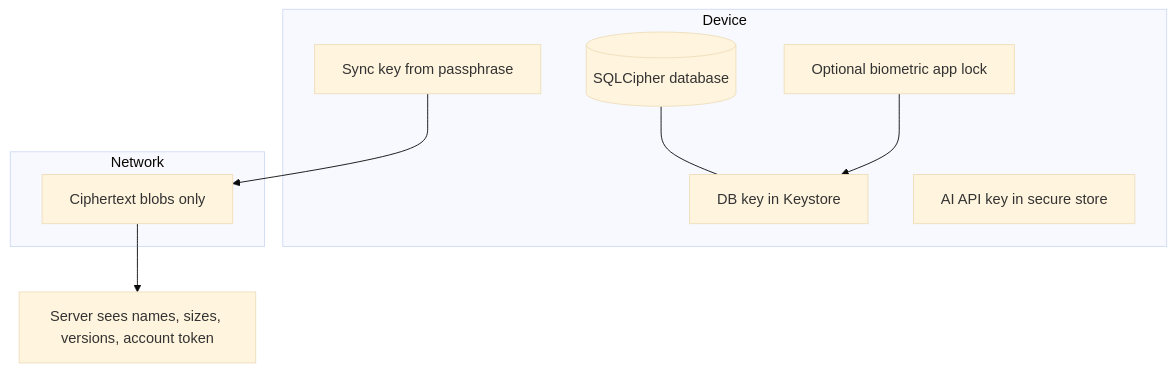
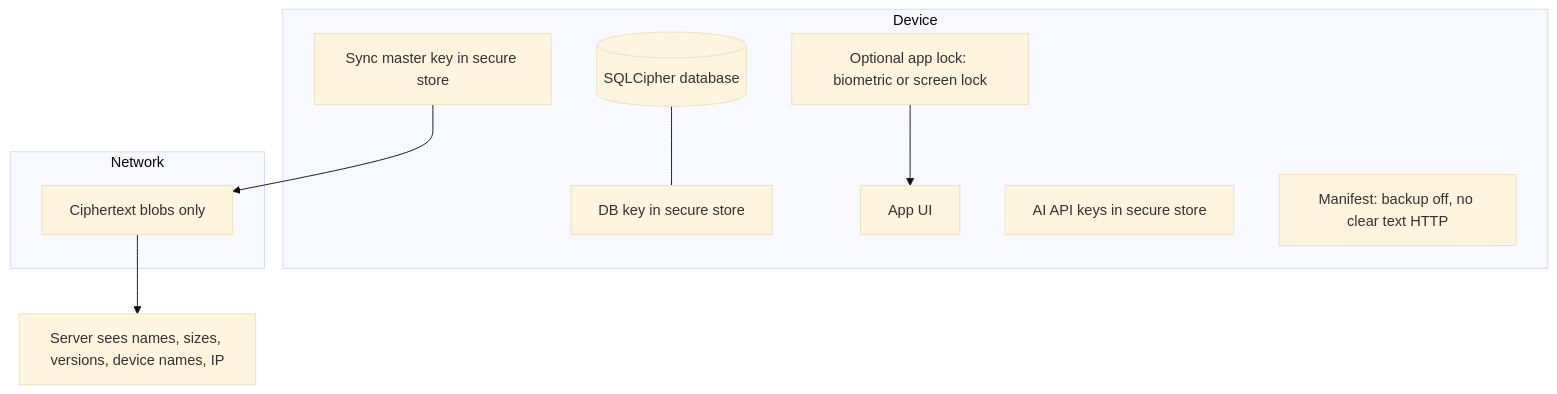
One commit to Aditya-Jyoti/bacchat changed diagram 13 of 17 in docs/architecture.md. Above: the diagram before and after it, drawn with Mermaid (base theme). The commit also changed other lines of this file and 52 other files, not shown here.

````diff
--- a/docs/architecture.md
+++ b/docs/architecture.md
@@ -325,14 +417,15 @@
 ```mermaid
 flowchart TD
     subgraph Device
-      DB[(SQLCipher database)] --- DK[DB key in Keystore]
-      LOCK[Optional biometric app lock] --> DK
-      AK[AI API key in secure store]
-      SK[Sync key from passphrase]
+      DB[(SQLCipher database)] --- DK[DB key in secure store]
+      LOCK[Optional app lock: biometric or screen lock] --> UI[App UI]
+      AK[AI API keys in secure store]
+      SK[Sync master key in secure store]
+      MF[Manifest: backup off, no clear text HTTP]
     end
     subgraph Network
       ENC[Ciphertext blobs only]
     end
     SK --> ENC
-    ENC --> SRV[Server sees names, sizes, versions, account token]
+    ENC --> SRV[Server sees names, sizes, versions, device names, IP]
 ```
````
